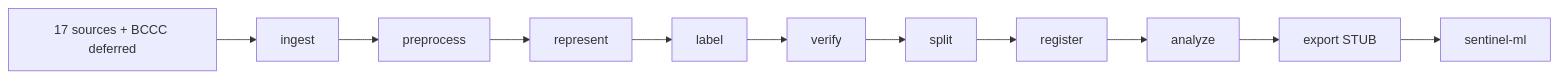
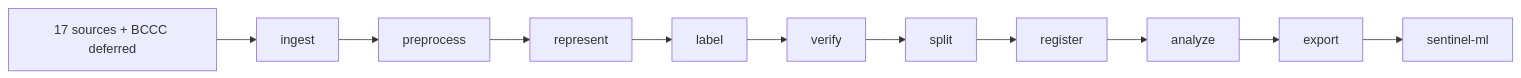
Before and after one commit to motafegh/learning_sentinel: the diagram in modules/01_data_module_v2/sessions/01_orientation.md, drawn with Mermaid. The commit also changed other lines of this file and 8 other files, not shown here.

First line of the commit message:
Audit fix: export-not-stub + connector stubs + session_log + audit_flags

````diff
--- a/modules/01_data_module_v2/sessions/01_orientation.md
+++ b/modules/01_data_module_v2/sessions/01_orientation.md
@@ -174,13 +174,13 @@
 ```mermaid
 flowchart LR
   S1["17 sources + BCCC deferred"] --> S2["ingest"]
   S2 --> S3["preprocess"]
   S3 --> S4["represent"]
   S4 --> S5["label"]
   S5 --> S6["verify"]
   S6 --> S7["split"]
   S7 --> S8["register"]
   S8 --> S9["analyze"]
-  S9 --> S10["export STUB"]
+  S9 --> S10["export"]
   S10 --> ML["sentinel-ml"]
 ```
````
